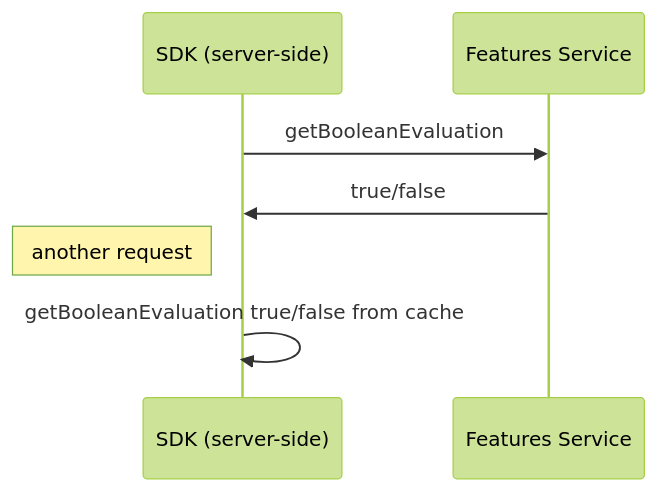
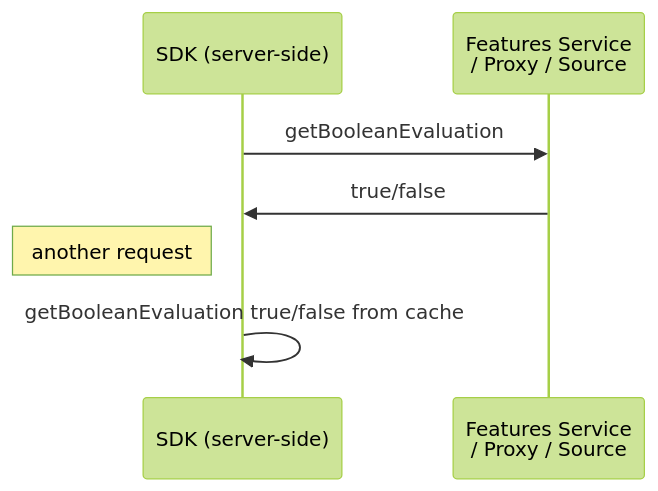
One commit to liran2000/openfeature.dev changed the second of 3 diagrams in blog/2023-11-01-feature-flags-sdks-architectures.md. Above: the diagram before and after it, drawn with Mermaid (forest theme). The commit also changed other lines of this file, not shown here.

````diff
--- a/blog/2023-11-01-feature-flags-sdks-architectures.md
+++ b/blog/2023-11-01-feature-flags-sdks-architectures.md
@@ -69,9 +86,9 @@
 ```mermaid
 sequenceDiagram
   participant SDK as SDK (server-side)
-  participant features as Features Service
+  participant features as Features Service <br> / Proxy / Source
   SDK->>features: getBooleanEvaluation
   features->>SDK: true/false
   note left of SDK: another request
   SDK->>SDK: getBooleanEvaluation true/false from cache
 ```
````
